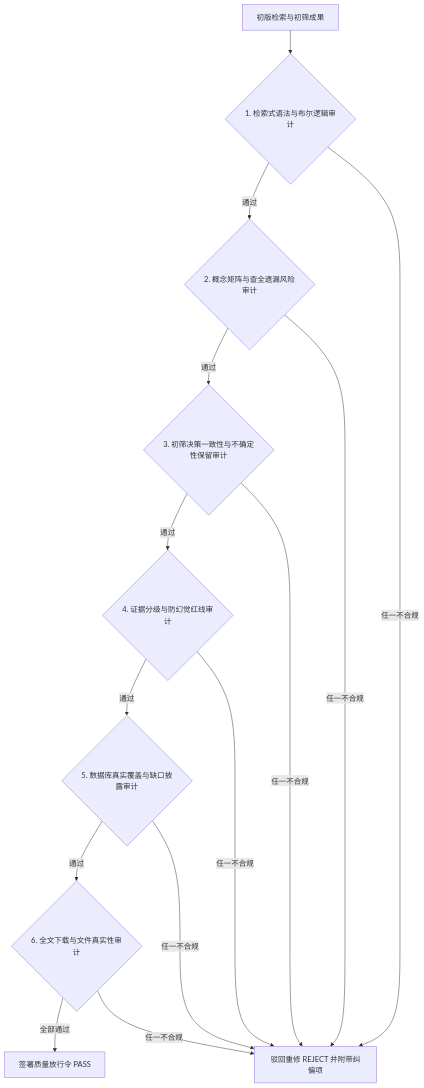
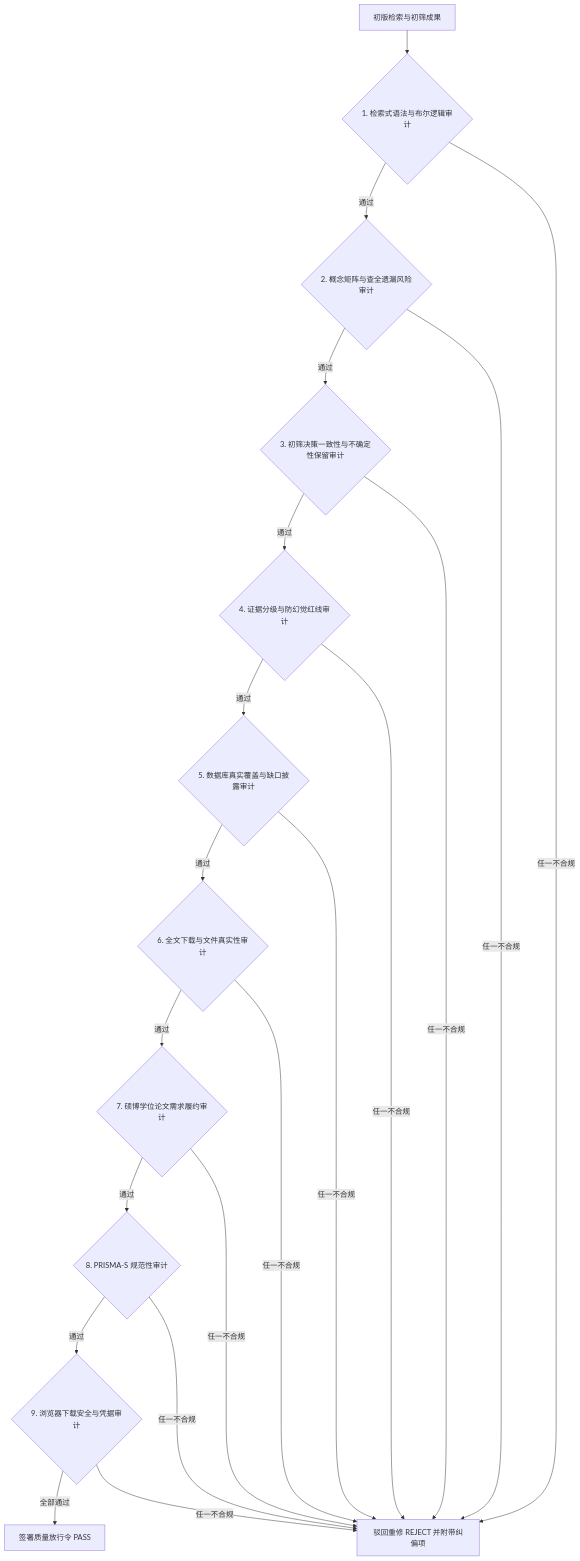
The diagram in skills/literature-discovery-acquisition/role/quality_gatekeeper.md (Daylily-Huang/ScholarFlow), drawn with Mermaid before and after one commit. The commit also changed other lines of this file and 28 other files, not shown here.

````diff
--- a/skills/literature-discovery-acquisition/role/quality_gatekeeper.md
+++ b/skills/literature-discovery-acquisition/role/quality_gatekeeper.md
@@ -29,11 +29,14 @@
 ```mermaid
 flowchart TD
     Report[初版检索与初筛成果] --> D1{1. 检索式语法与布尔逻辑审计}
     D1 -- 通过 --> D2{2. 概念矩阵与查全遗漏风险审计}
     D2 -- 通过 --> D3{3. 初筛决策一致性与不确定性保留审计}
     D3 -- 通过 --> D4{4. 证据分级与防幻觉红线审计}
     D4 -- 通过 --> D5{5. 数据库真实覆盖与缺口披露审计}
     D5 -- 通过 --> D6{6. 全文下载与文件真实性审计}
-    D6 -- 全部通过 --> PASS[签署质量放行令 PASS]
-    D1 & D2 & D3 & D4 & D5 & D6 -- 任一不合规 --> REJECT[驳回重修 REJECT 并附带纠偏项]
+    D6 -- 通过 --> D7{7. 硕博学位论文需求履约审计}
+    D7 -- 通过 --> D8{8. PRISMA-S 规范性审计}
+    D8 -- 通过 --> D9{9. 浏览器下载安全与凭据审计}
+    D9 -- 全部通过 --> PASS[签署质量放行令 PASS]
+    D1 & D2 & D3 & D4 & D5 & D6 & D7 & D8 & D9 -- 任一不合规 --> REJECT[驳回重修 REJECT 并附带纠偏项]
 ```
````
